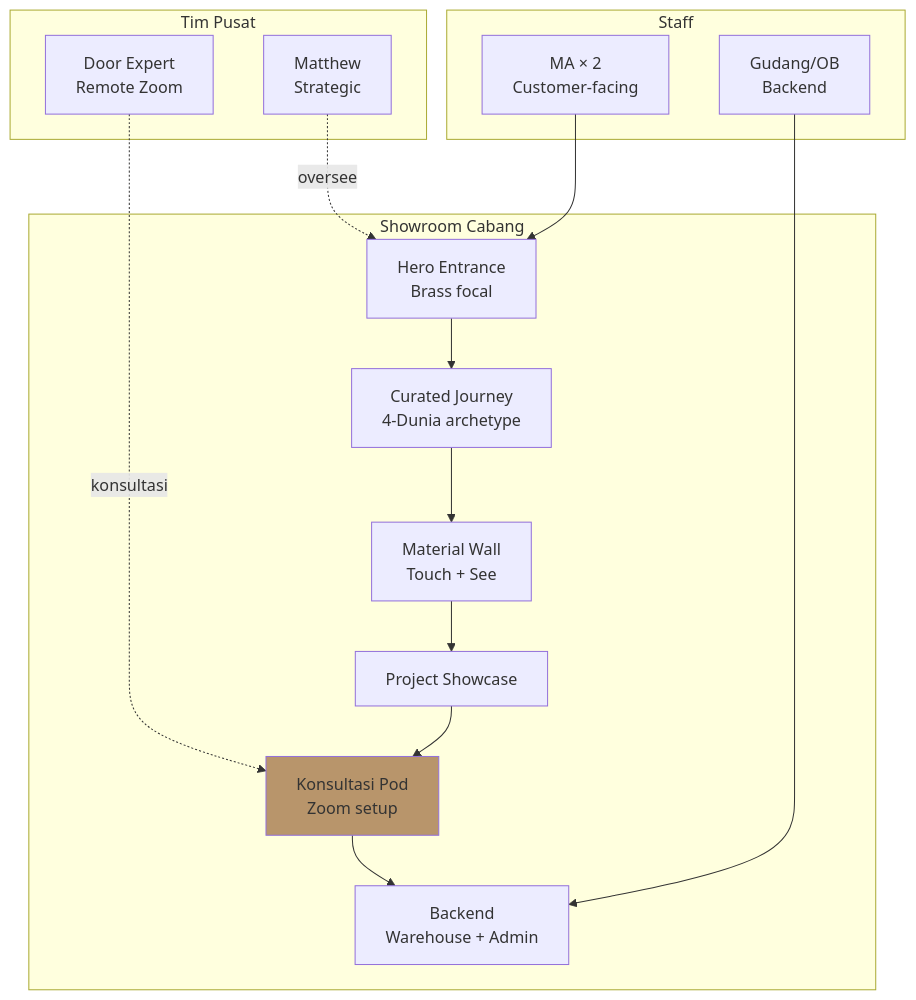
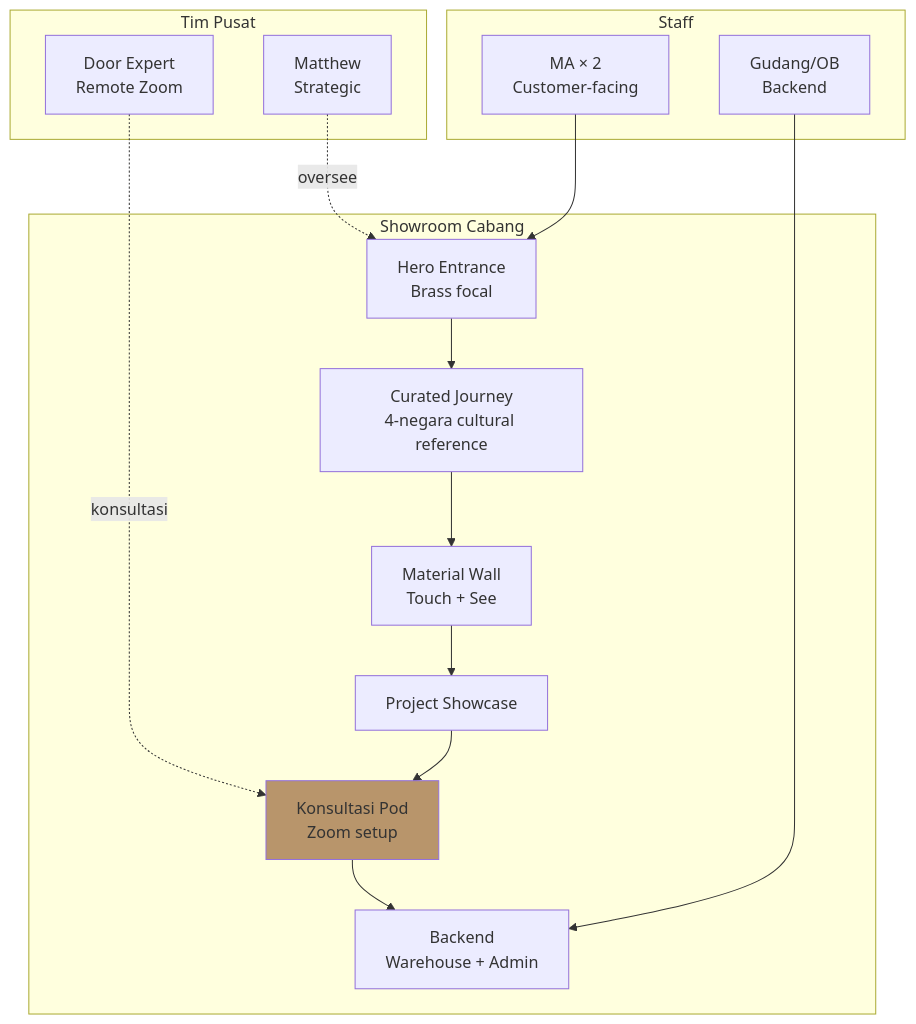
The first of 2 diagrams in librechat-deploy/skills/coo/lean-store-design.md (MahewAi/Mahew), drawn with Mermaid before and after one commit. The commit also changed other lines of this file and 80 other files, not shown here.

````diff
--- a/librechat-deploy/skills/coo/lean-store-design.md
+++ b/librechat-deploy/skills/coo/lean-store-design.md
@@ -238,22 +238,22 @@
 ```mermaid
 flowchart TD
     subgraph Showroom Cabang
-    A[Hero Entrance<br/>Brass focal] --> B[Curated Journey<br/>4-Dunia archetype]
+    A[Hero Entrance<br/>Brass focal] --> B[Curated Journey<br/>4-negara cultural reference]
     B --> C[Material Wall<br/>Touch + See]
     C --> D[Project Showcase]
     D --> E[Konsultasi Pod<br/>Zoom setup]
     E --> F[Backend<br/>Warehouse + Admin]
     end
     
     subgraph Tim Pusat
     G[Door Expert<br/>Remote Zoom] -.konsultasi.-> E
     H[Matthew<br/>Strategic] -.oversee.-> A
     end
     
     subgraph Staff
     I[MA × 2<br/>Customer-facing] --> A
     J[Gudang/OB<br/>Backend] --> F
     end
     
     style E fill:#B8956B
 ```
````
